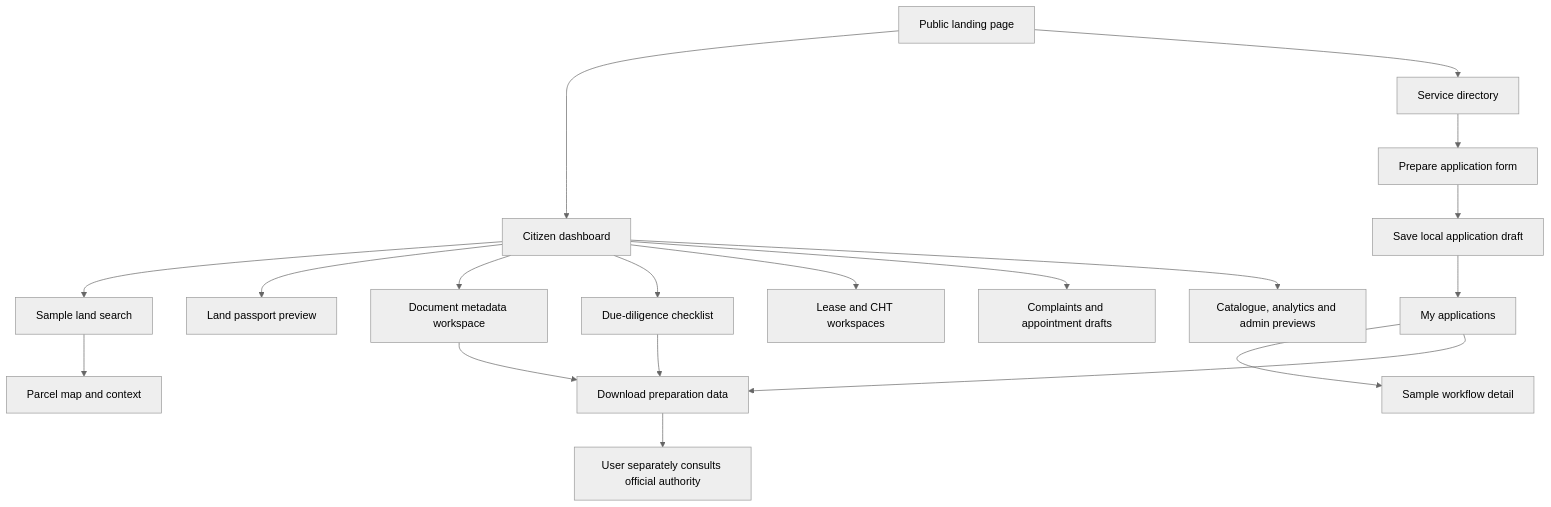
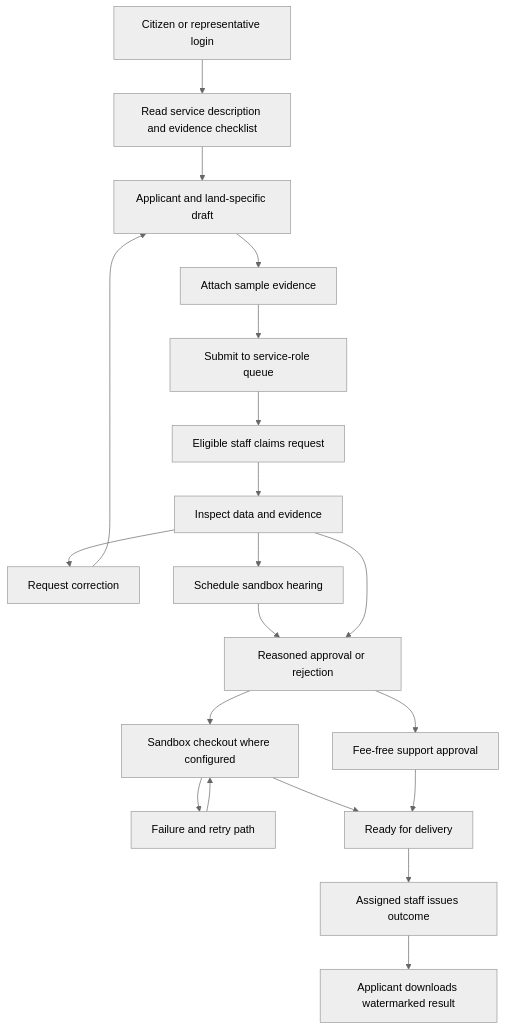
One commit to Shreyalien/E-Bhumi changed the first of 2 diagrams in README.md. Above: the diagram before and after it, drawn with Mermaid (neutral theme). The commit also changed other lines of this file and 75 other files, not shown here.

Commit message:
Integrate role workflows while preserving citizen and regional design

````diff
--- a/README.md
+++ b/README.md
@@ -150,21 +158,22 @@
 ```mermaid
 flowchart TD
-    Landing[Public landing page] --> Dashboard[Citizen dashboard]
-    Landing --> Services[Service directory]
-    Dashboard --> Search[Sample land search]
-    Search --> GIS[Parcel map and context]
-    Dashboard --> Land[Land passport preview]
-    Services --> Form[Prepare application form]
-    Form --> Draft[Save local application draft]
-    Draft --> Applications[My applications]
-    Applications --> Detail[Sample workflow detail]
-    Dashboard --> Documents[Document metadata workspace]
-    Dashboard --> Review[Due-diligence checklist]
-    Dashboard --> Regional[Lease and CHT workspaces]
-    Dashboard --> Support[Complaints and appointment drafts]
-    Dashboard --> Tools[Catalogue, analytics and admin previews]
-    Review --> Export[Download preparation data]
-    Documents --> Export
-    Applications --> Export
-    Export --> Official[User separately consults official authority]
+    Login[Citizen or representative login] --> Guide[Read service description and evidence checklist]
+    Guide --> Draft[Applicant and land-specific draft]
+    Draft --> Evidence[Attach sample evidence]
+    Evidence --> Submit[Submit to service-role queue]
+    Submit --> Claim[Eligible staff claims request]
+    Claim --> Review[Inspect data and evidence]
+    Review --> Correct[Request correction]
+    Correct --> Draft
+    Review --> Hearing[Schedule sandbox hearing]
+    Hearing --> Decision[Reasoned approval or rejection]
+    Review --> Decision
+    Decision --> Fee[Sandbox checkout where configured]
+    Fee --> Retry[Failure and retry path]
+    Retry --> Fee
+    Fee --> Ready[Ready for delivery]
+    Decision --> NoFee[Fee-free support approval]
+    NoFee --> Ready
+    Ready --> Issue[Assigned staff issues outcome]
+    Issue --> Download[Applicant downloads watermarked result]
 ```
````
